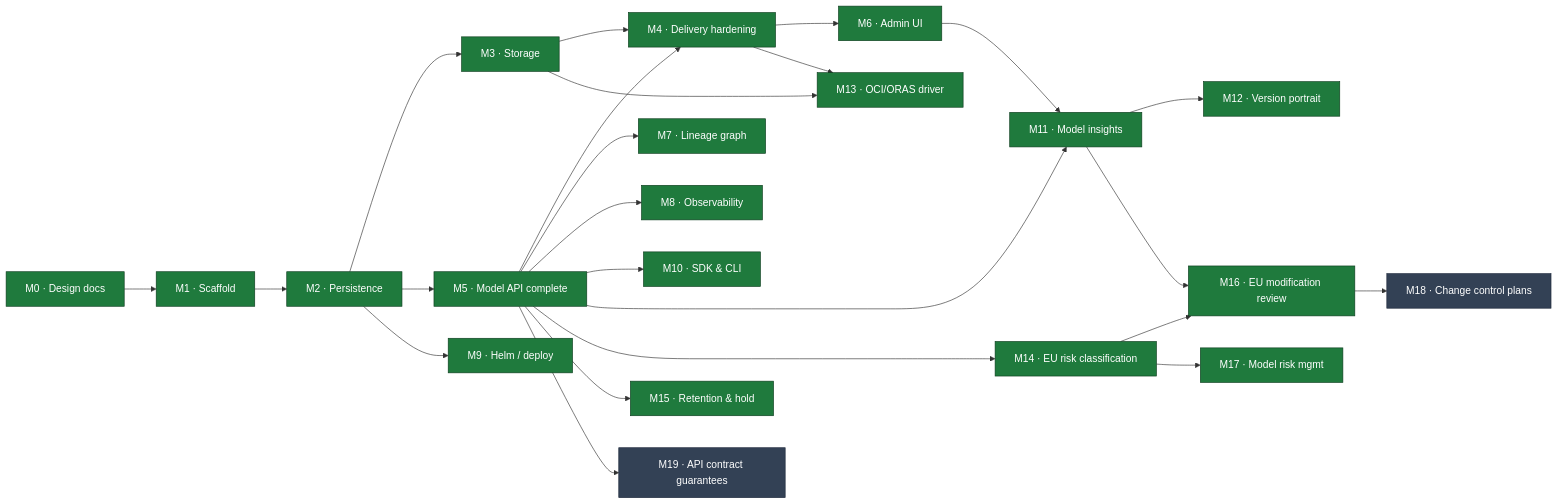
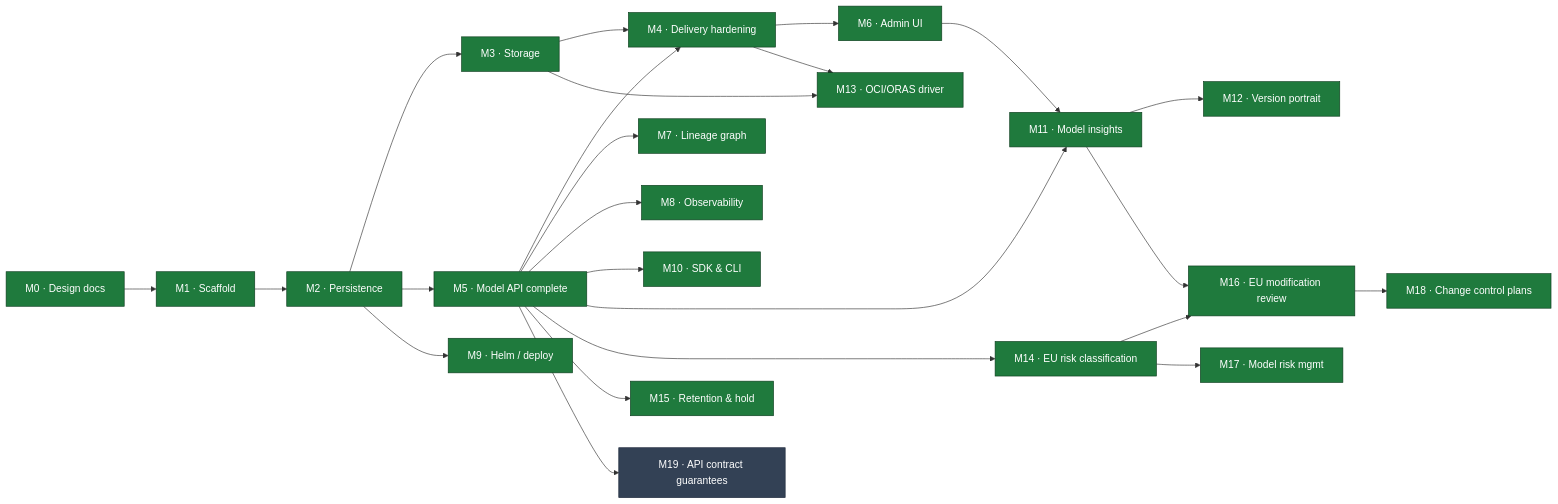
Before and after one commit to proseria-research/lineage: the diagram in MILESTONES.md, drawn with Mermaid. The commit also changed other lines of this file and 4 other files, not shown here.

````diff
--- a/MILESTONES.md
+++ b/MILESTONES.md
@@ -26,36 +26,36 @@
 ```mermaid
 flowchart LR
     M0["M0 · Design docs"] --> M1["M1 · Scaffold"]
     M1 --> M2["M2 · Persistence"]
     M2 --> M3["M3 · Storage"]
     M2 --> M5["M5 · Model API complete"]
     M3 --> M4["M4 · Delivery hardening"]
     M5 --> M4
     M5 --> M7["M7 · Lineage graph"]
     M4 --> M6["M6 · Admin UI"]
     M5 --> M8["M8 · Observability"]
     M2 --> M9["M9 · Helm / deploy"]
     M5 --> M10["M10 · SDK & CLI"]
     M5 --> M11["M11 · Model insights"]
     M6 --> M11
     M11 --> M12["M12 · Version portrait"]
 
     M3 --> M13["M13 · OCI/ORAS driver"]
     M4 --> M13
 
     M5 --> M14["M14 · EU risk classification"]
     M5 --> M15["M15 · Retention &amp; hold"]
     M14 --> M16["M16 · EU modification review"]
     M11 --> M16
 
     M14 --> M17["M17 · Model risk mgmt"]
     M16 --> M18["M18 · Change control plans"]
 
     M5 --> M19["M19 · API contract guarantees"]
 
     classDef done fill:#1f7a3d,stroke:#0d3d1e,color:#fff;
     classDef active fill:#b45309,stroke:#7c3a06,color:#fff;
     classDef todo fill:#334155,stroke:#1e293b,color:#fff;
-    class M0,M1,M2,M3,M4,M5,M6,M7,M8,M9,M10,M11,M12,M13,M14,M15,M16,M17 done;
-    class M18,M19 todo;
+    class M0,M1,M2,M3,M4,M5,M6,M7,M8,M9,M10,M11,M12,M13,M14,M15,M16,M17,M18 done;
+    class M19 todo;
 ```
````
